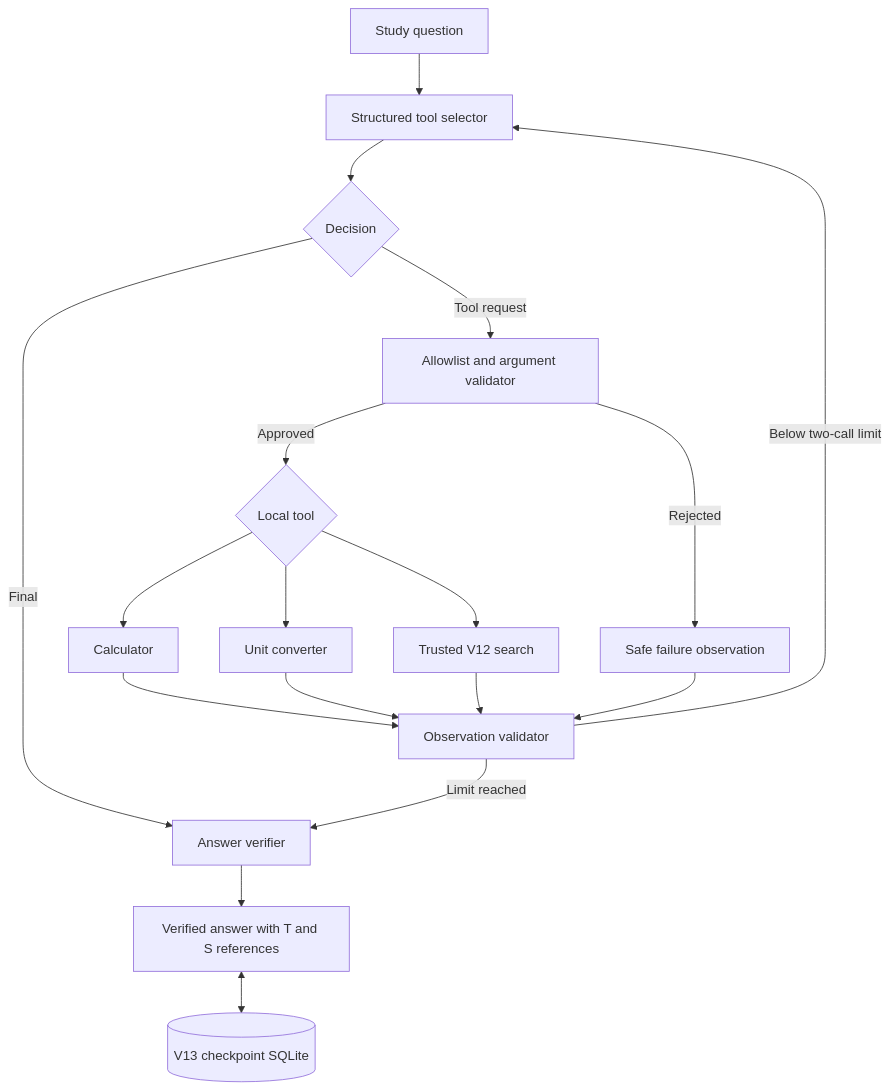
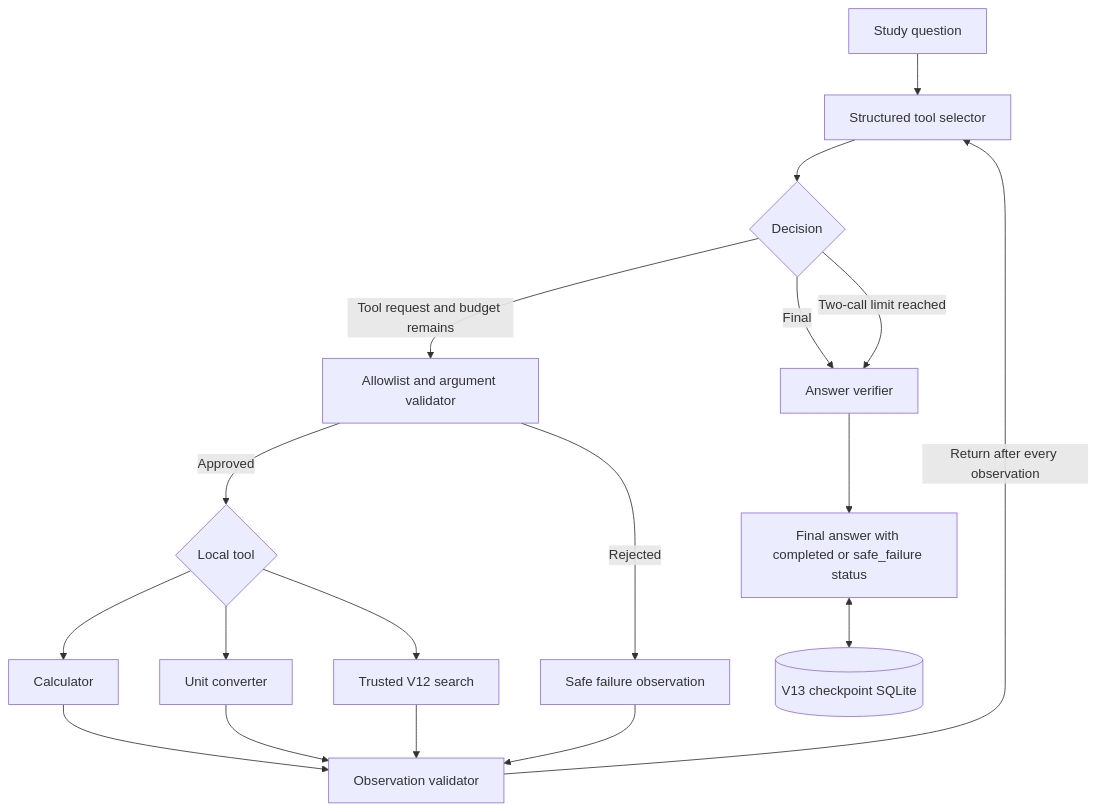
Diagram 15 of 20 in docs/ARCHITECTURE.md (anne500/multi-agent-study-guide), drawn with Mermaid before and after one commit. The commit also changed other lines of this file and 6 other files, not shown here.

Commit message:
Audit V1-V17 architecture and correct documented control flow

````diff
--- a/docs/ARCHITECTURE.md
+++ b/docs/ARCHITECTURE.md
@@ -277,20 +283,20 @@
 ```mermaid
 flowchart TD
     A[Study question] --> B[Structured tool selector]
     B --> C{Decision}
     C -->|Final| D[Answer verifier]
-    C -->|Tool request| E[Allowlist and argument validator]
+    C -->|Tool request and budget remains| E[Allowlist and argument validator]
+    C -->|Two-call limit reached| D
     E -->|Rejected| F[Safe failure observation]
     E -->|Approved| G{Local tool}
     G --> H[Calculator]
     G --> I[Unit converter]
     G --> J[Trusted V12 search]
     H --> K[Observation validator]
     I --> K
     J --> K
     F --> K
-    K -->|Below two-call limit| B
-    K -->|Limit reached| D
-    D --> L[Verified answer with T and S references]
+    K -->|Return after every observation| B
+    D --> L[Final answer with completed or safe_failure status]
     L <--> M[(V13 checkpoint SQLite)]
 ```
````
